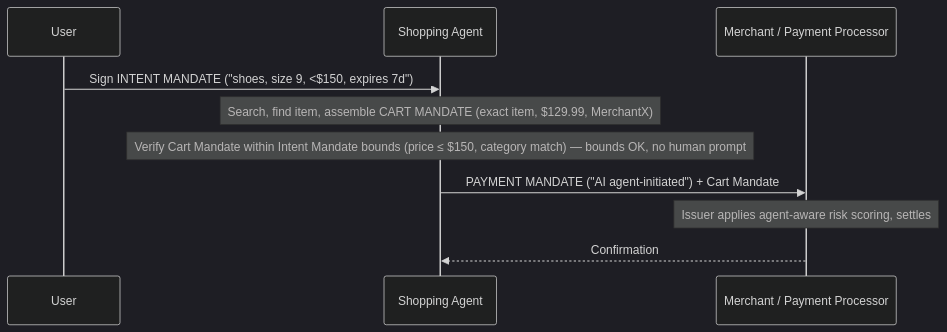
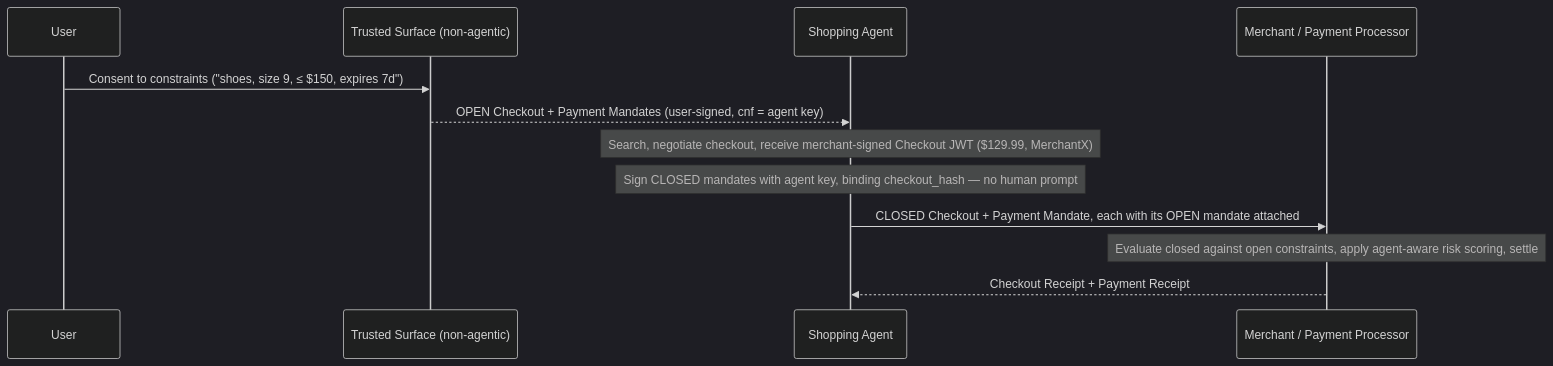
One commit to rppol/system-design changed the first of 4 diagrams in src/main/java/com/rutik/systemdesign/llm/multi_agent_systems/agentic_commerce_and_payments.md. Above: the diagram before and after it, drawn with Mermaid. The commit also changed other lines of this file, not shown here.

````diff
--- a/src/main/java/com/rutik/systemdesign/llm/multi_agent_systems/agentic_commerce_and_payments.md
+++ b/src/main/java/com/rutik/systemdesign/llm/multi_agent_systems/agentic_commerce_and_payments.md
@@ -218,13 +248,15 @@
 ```mermaid
 %%{init: {'theme': 'dark'}}%%
 sequenceDiagram
     participant U as User
+    participant T as Trusted Surface (non-agentic)
     participant A as Shopping Agent
     participant M as Merchant / Payment Processor
-    U->>A: Sign INTENT MANDATE ("shoes, size 9, <$150, expires 7d")
-    Note over A: Search, find item, assemble CART MANDATE (exact item, $129.99, MerchantX)
-    Note over A: Verify Cart Mandate within Intent Mandate bounds (price ≤ $150, category match) — bounds OK, no human prompt
-    A->>M: PAYMENT MANDATE ("AI agent-initiated") + Cart Mandate
-    Note over M: Issuer applies agent-aware risk scoring, settles
-    M-->>A: Confirmation
+    U->>T: Consent to constraints ("shoes, size 9, ≤ $150, expires 7d")
+    T-->>A: OPEN Checkout + Payment Mandates (user-signed, cnf = agent key)
+    Note over A: Search, negotiate checkout, receive merchant-signed Checkout JWT ($129.99, MerchantX)
+    Note over A: Sign CLOSED mandates with agent key, binding checkout_hash — no human prompt
+    A->>M: CLOSED Checkout + Payment Mandate, each with its OPEN mandate attached
+    Note over M: Evaluate closed against open constraints, apply agent-aware risk scoring, settle
+    M-->>A: Checkout Receipt + Payment Receipt
 ```
````
